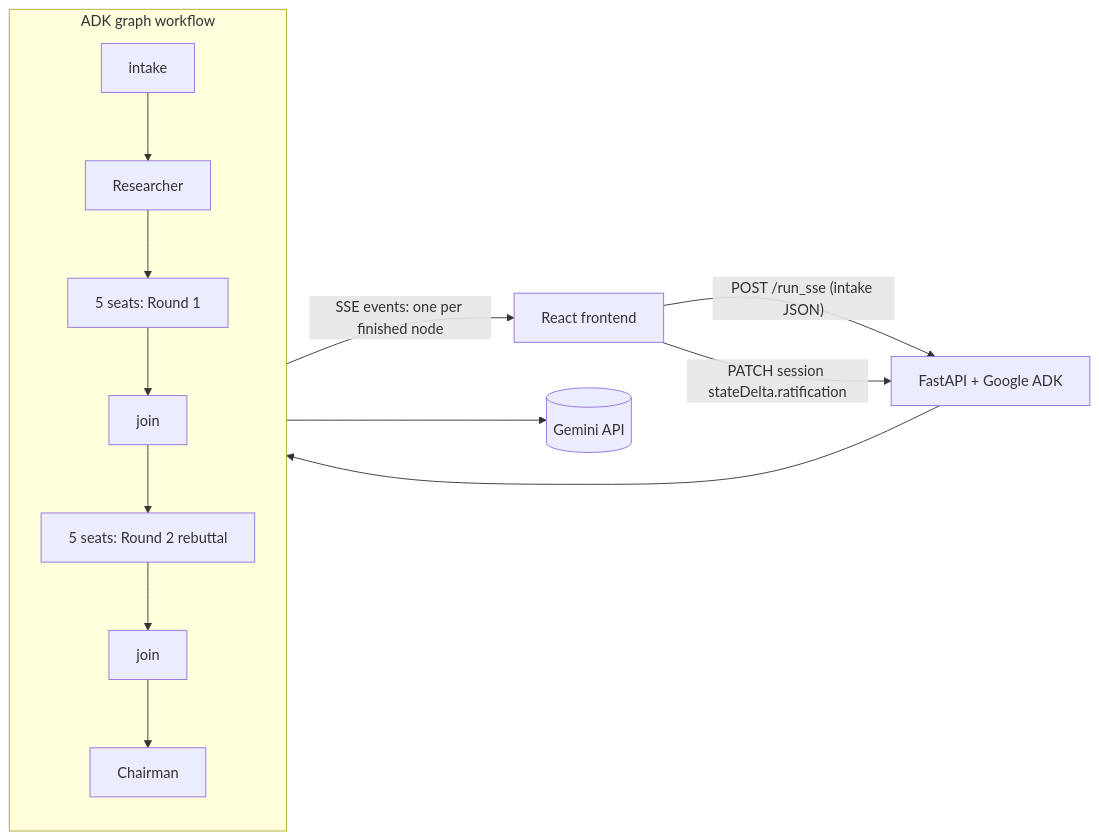
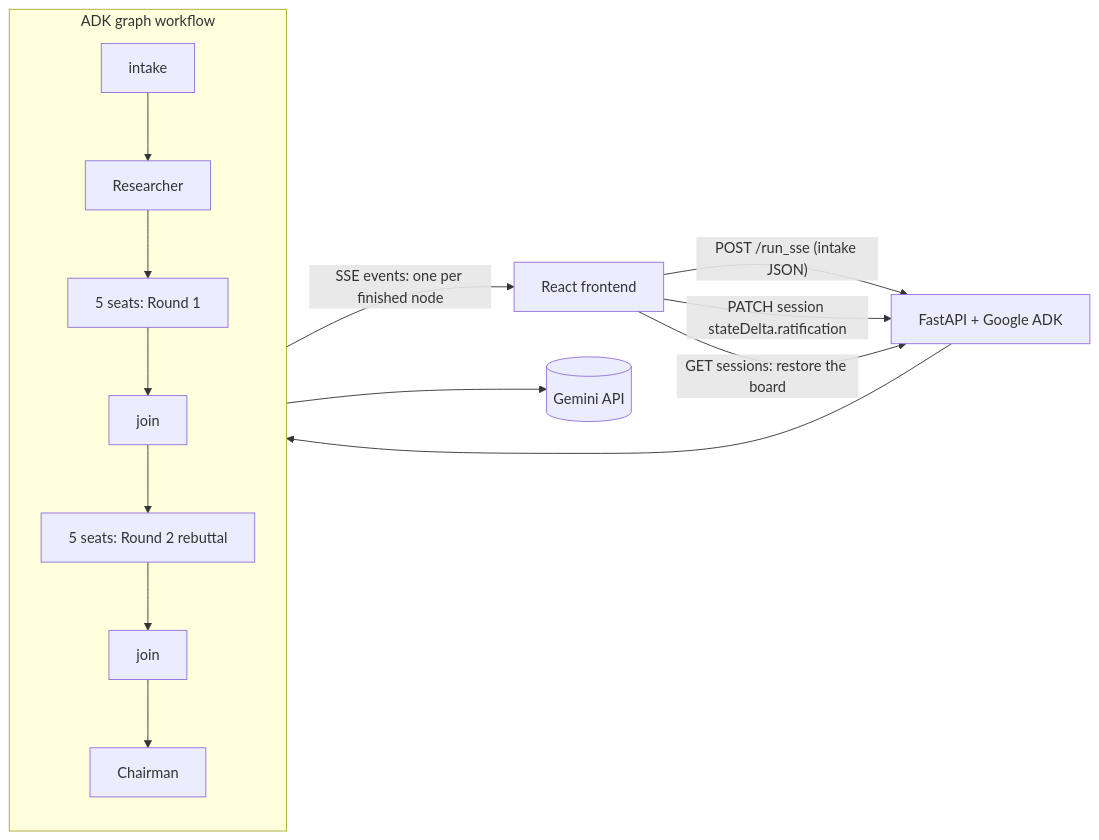
One commit to killerfrost22/crucible changed the diagram in README.md. Above: the diagram before and after it, drawn with Mermaid. The commit also changed other lines of this file and 14 other files, not shown here.

````diff
--- a/README.md
+++ b/README.md
@@ -16,11 +16,12 @@
 ```mermaid
 flowchart LR
   UI[React frontend] -- "POST /run_sse (intake JSON)" --> API[FastAPI + Google ADK]
   API --> W
   subgraph W[ADK graph workflow]
     I[intake] --> R[Researcher] --> R1[5 seats: Round 1] --> J1[join] --> R2[5 seats: Round 2 rebuttal] --> J2[join] --> C[Chairman]
   end
   W -- "SSE events: one per finished node" --> UI
   UI -- "PATCH session stateDelta.ratification" --> API
+  UI -- "GET sessions: restore the board" --> API
   W --> G[(Gemini API)]
 ```
````
